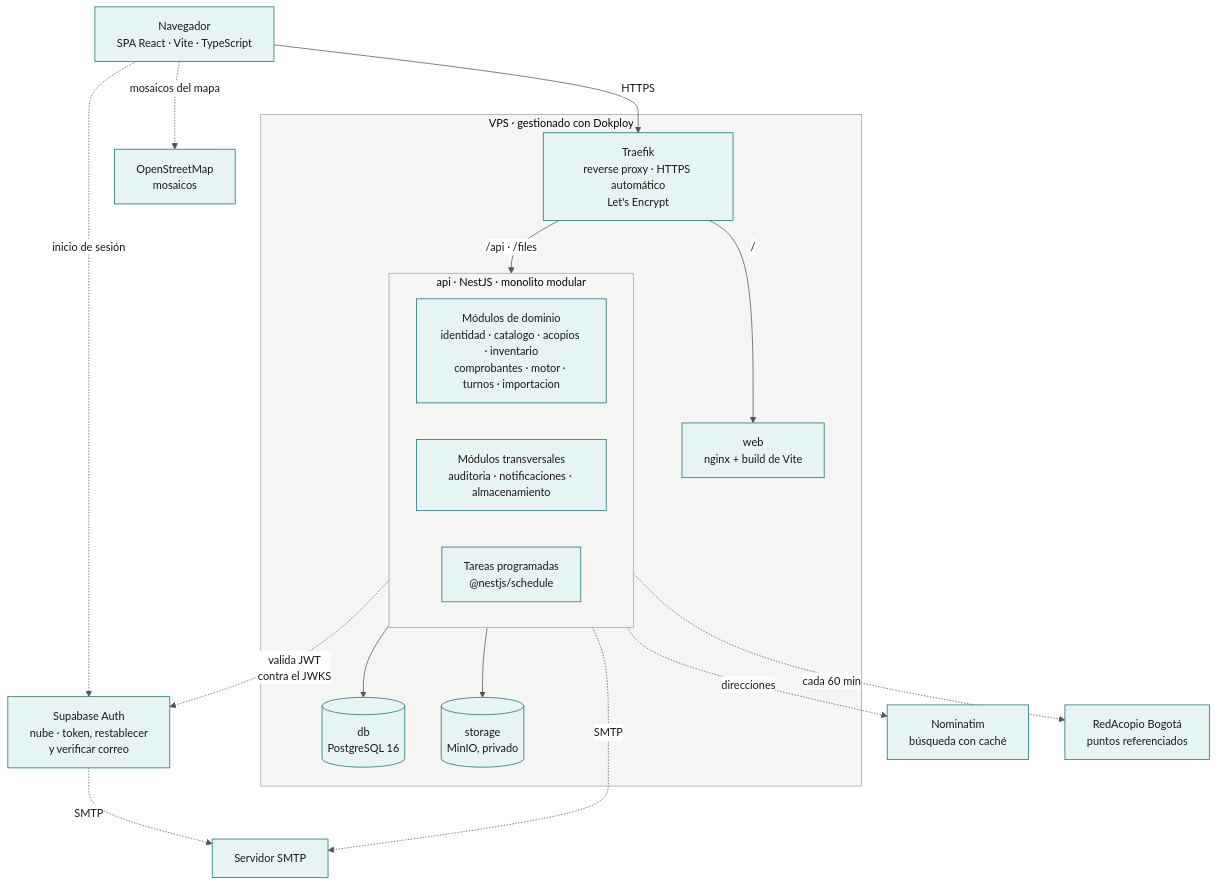
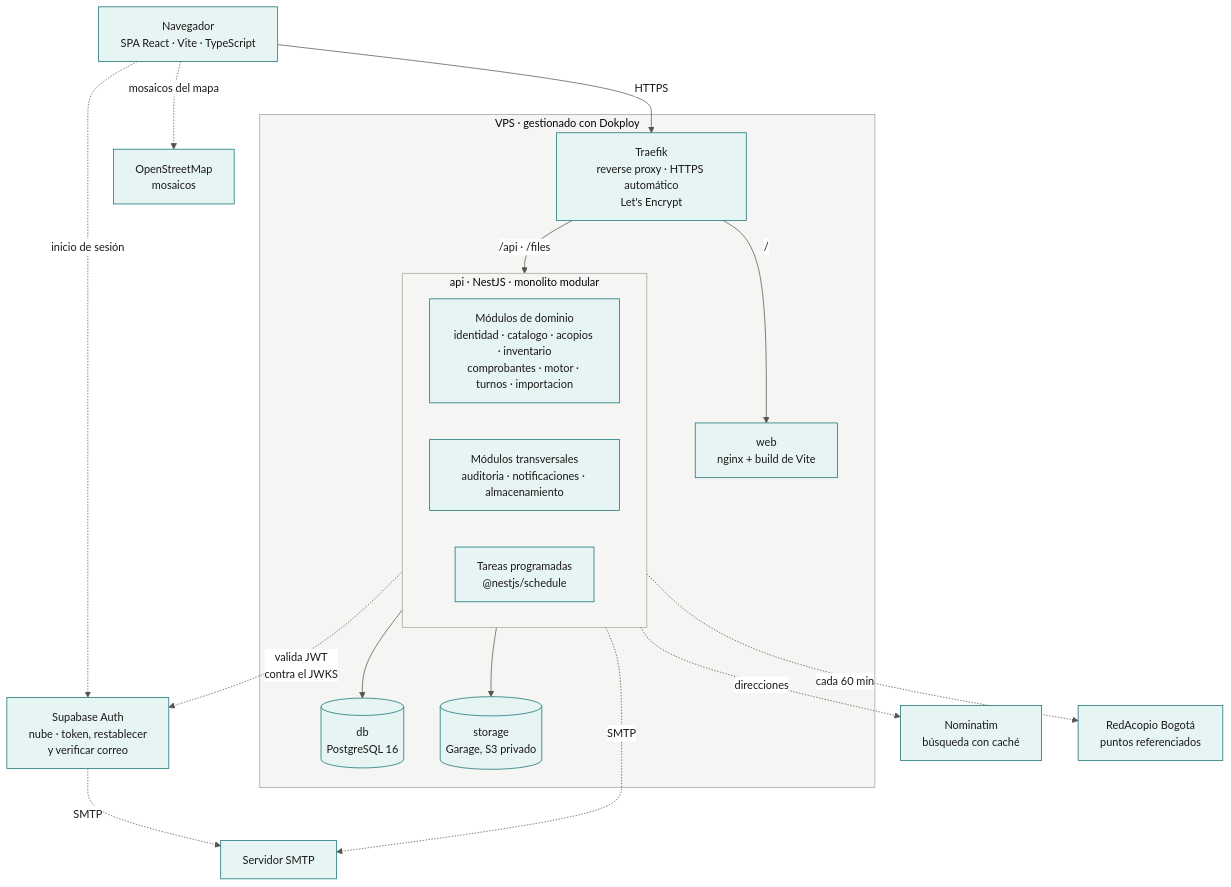
The diagram in docs/02-arquitectura/diagramas/mmd/arquitectura-02-contenedores.mmd (Proyecto-IngSoftware/acopio), drawn with Mermaid before and after one commit. The commit also changed 30 other files, not shown here.

First line of the commit message:
ADR-0012: almacenamiento con Garage en lugar de MinIO

```diff
--- a/docs/02-arquitectura/diagramas/mmd/arquitectura-02-contenedores.mmd
+++ b/docs/02-arquitectura/diagramas/mmd/arquitectura-02-contenedores.mmd
@@ -1,30 +1,30 @@
 %%{init: {"theme":"base","themeVariables":{"fontFamily":"Inter, Segoe UI, Arial, sans-serif","fontSize":"15px","primaryColor":"#E6F4F4","primaryTextColor":"#1C1917","primaryBorderColor":"#0F6E6E","secondaryColor":"#C7E8E8","tertiaryColor":"#FAFAF9","lineColor":"#57534E","textColor":"#1C1917","mainBkg":"#E6F4F4","nodeBorder":"#0F6E6E","clusterBkg":"#F5F5F4","clusterBorder":"#A8A29E","edgeLabelBackground":"#FFFFFF","attributeBackgroundColorOdd":"#FFFFFF","attributeBackgroundColorEven":"#F5F5F4"},"er":{"useMaxWidth":false},"flowchart":{"useMaxWidth":false,"htmlLabels":true,"curve":"basis"}}}%%
 flowchart TB
     Cliente["Navegador<br/>SPA React · Vite · TypeScript"] -->|HTTPS| Traefik
     Cliente -.->|"inicio de sesión"| SupabaseAuth["Supabase Auth<br/>nube · token, restablecer<br/>y verificar correo"]
     Cliente -.->|"mosaicos del mapa"| OSM["OpenStreetMap<br/>mosaicos"]
 
     subgraph VPS["VPS · gestionado con Dokploy"]
         Traefik["Traefik<br/>reverse proxy · HTTPS automático<br/>Let's Encrypt"]
         Web["web<br/>nginx + build de Vite"]
 
         subgraph API["api · NestJS · monolito modular"]
             Dominio["Módulos de dominio<br/>identidad · catalogo · acopios · inventario<br/>comprobantes · motor · turnos · importacion"]
             Transversales["Módulos transversales<br/>auditoria · notificaciones · almacenamiento"]
             Tareas["Tareas programadas<br/>@nestjs/schedule"]
         end
 
         DB[("db<br/>PostgreSQL 16")]
-        Storage[("storage<br/>MinIO, privado")]
+        Storage[("storage<br/>Garage, S3 privado")]
 
         Traefik -->|"/"| Web
         Traefik -->|"/api · /files"| API
         API --> DB
         API --> Storage
     end
 
     API -.->|"valida JWT<br/>contra el JWKS"| SupabaseAuth
     API -.->|SMTP| SMTP["Servidor SMTP"]
     SupabaseAuth -.->|SMTP| SMTP
     API -.->|"direcciones"| Nominatim["Nominatim<br/>búsqueda con caché"]
     API -.->|"cada 60 min"| RedAcopio["RedAcopio Bogotá<br/>puntos referenciados"]
```
